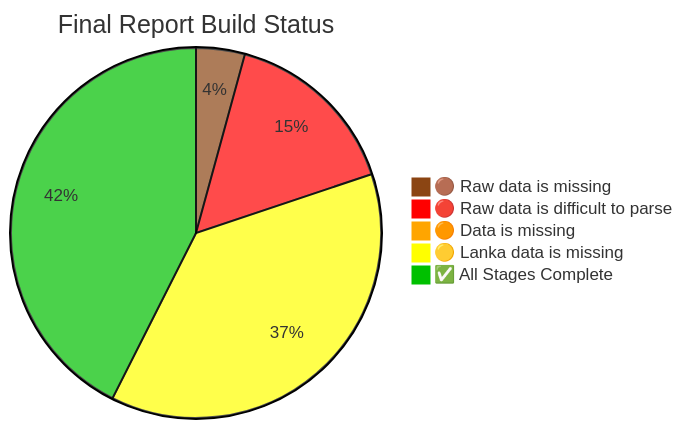
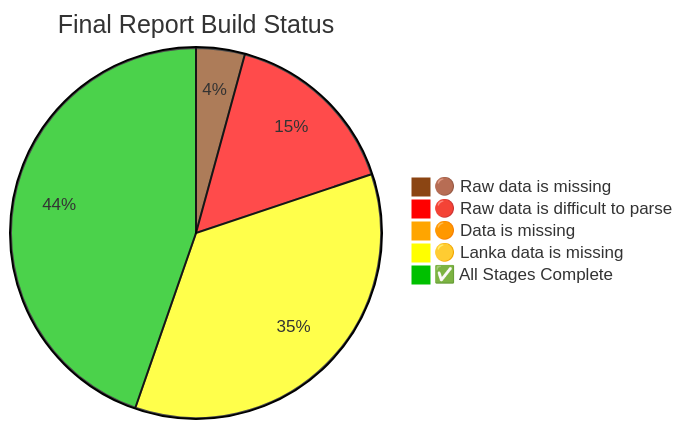
Before and after one commit to nuuuwan/lk_census_2024: the diagram in README.md, drawn with Mermaid. The commit also changed other lines of this file and 10 other files, not shown here.

````diff
--- a/README.md
+++ b/README.md
@@ -220,9 +220,9 @@
 ```mermaid
 %%{init: {"theme": "base", "themeVariables": {"pie1": "#8B4513", "pie2": "#FF0000", "pie3": "#FFA500", "pie4": "#FFFF00", "pie5": "#00c000"}}}%%
 pie title Final Report Build Status
 "🟤 Raw data is missing" : 6
     "🔴 Raw data is difficult to parse" : 22
     "🟠 Data is missing" : 1
-    "🟡 Lanka data is missing" : 53
-    "✅ All Stages Complete" : 60
+    "🟡 Lanka data is missing" : 50
+    "✅ All Stages Complete" : 63
 ```
````
